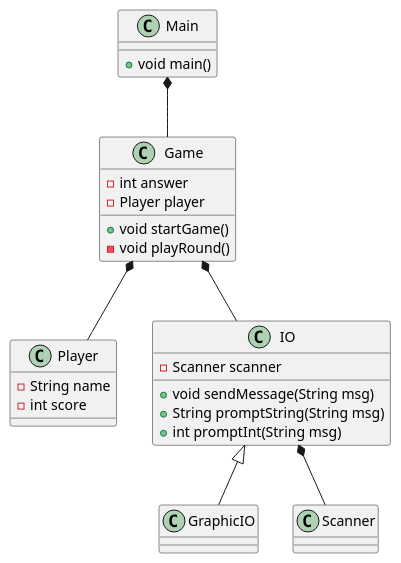
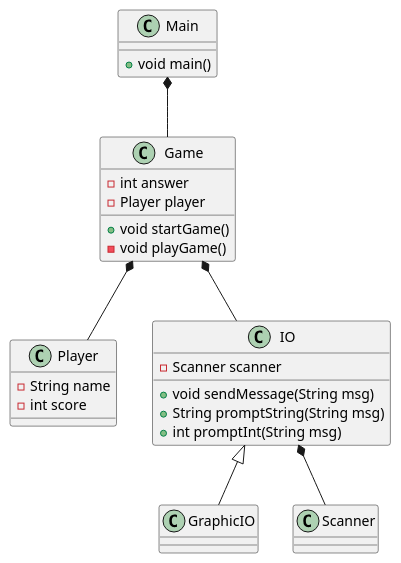
One commit to Dat1Cphbusiness/spring2026 changed the diagram in documentation/numbergame.puml. Above: the diagram before and after it, drawn with PlantUML. The commit also changed 1 other file, not shown here.

Commit message:
startGame

```diff
--- a/documentation/numbergame.puml
+++ b/documentation/numbergame.puml
@@ -1,38 +1,38 @@
 @startuml
 'https://plantuml.com/class-diagram
 
 class Game{
     - int answer
     - Player player
     + void startGame()
-    - void playRound()
+    - void playGame()
 }
 
 class Player{
     - String name
     - int score
 }
 
 class IO{
     - Scanner scanner
     + void sendMessage(String msg)
     + String promptString(String msg)
     + int promptInt(String msg)
 }
 
 class GraphicIO{}
 
 class Main{
     + void main()
 }
 
 class Scanner{}
 
 IO *-- Scanner
 Game *-- IO
 Game *-- Player
 Main *-- Game
 IO <|-- GraphicIO
 
 
 @enduml
```
